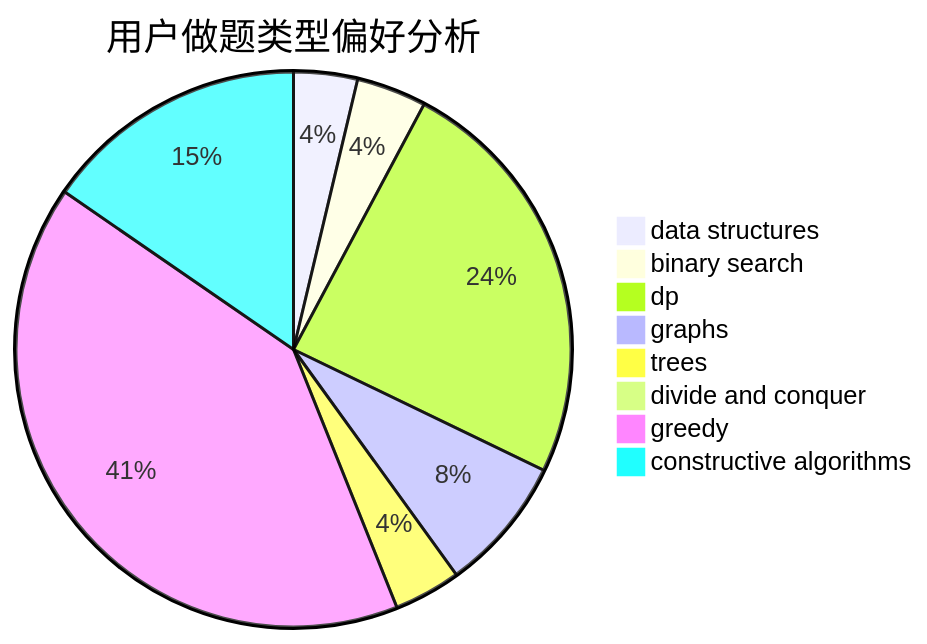
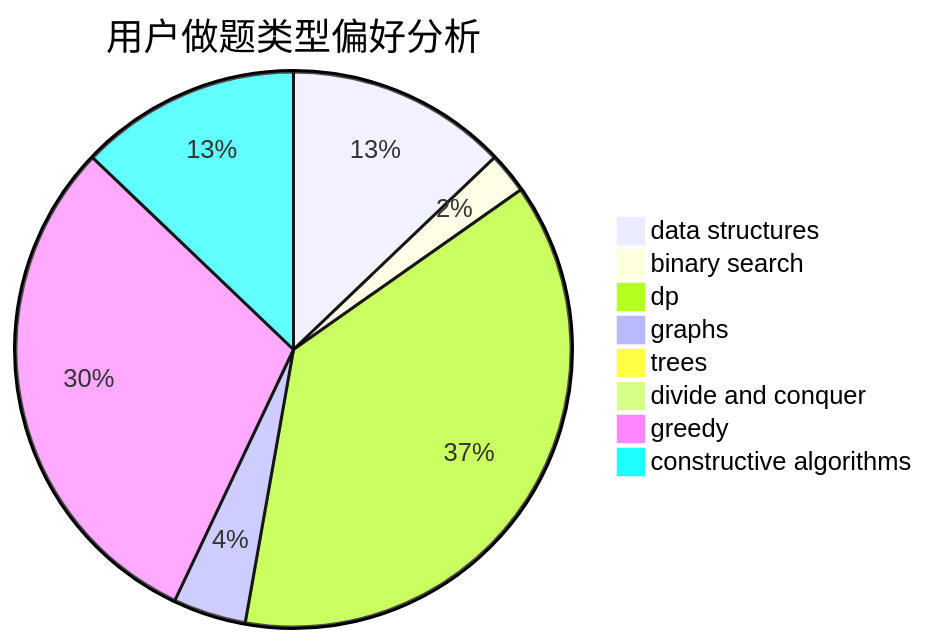
One commit to sherpahu/cfrs.github.io changed the second of 3 diagrams in docs/user/u2081.md. Above: the diagram before and after it, drawn with Mermaid. The commit also changed other lines of this file and 2770 other files, not shown here.

````diff
--- a/docs/user/u2081.md
+++ b/docs/user/u2081.md
@@ -23,11 +23,11 @@
 ```mermaid
 pie title 用户做题类型偏好分析
-    "data structures" :  41
-    "binary search" :  45
-    "dp" :  269
-    "graphs" :  87
-    "trees" :  43
-    "divide and conquer" :  2
-    "greedy" :  449
-    "constructive algorithms" :  170
+    "data structures" :  97
+    "binary search" :  18
+    "dp" :  283
+    "graphs" :  32
+    "trees" :  3
+    "divide and conquer" :  6
+    "greedy" :  227
+    "constructive algorithms" :  97
 ```
````
